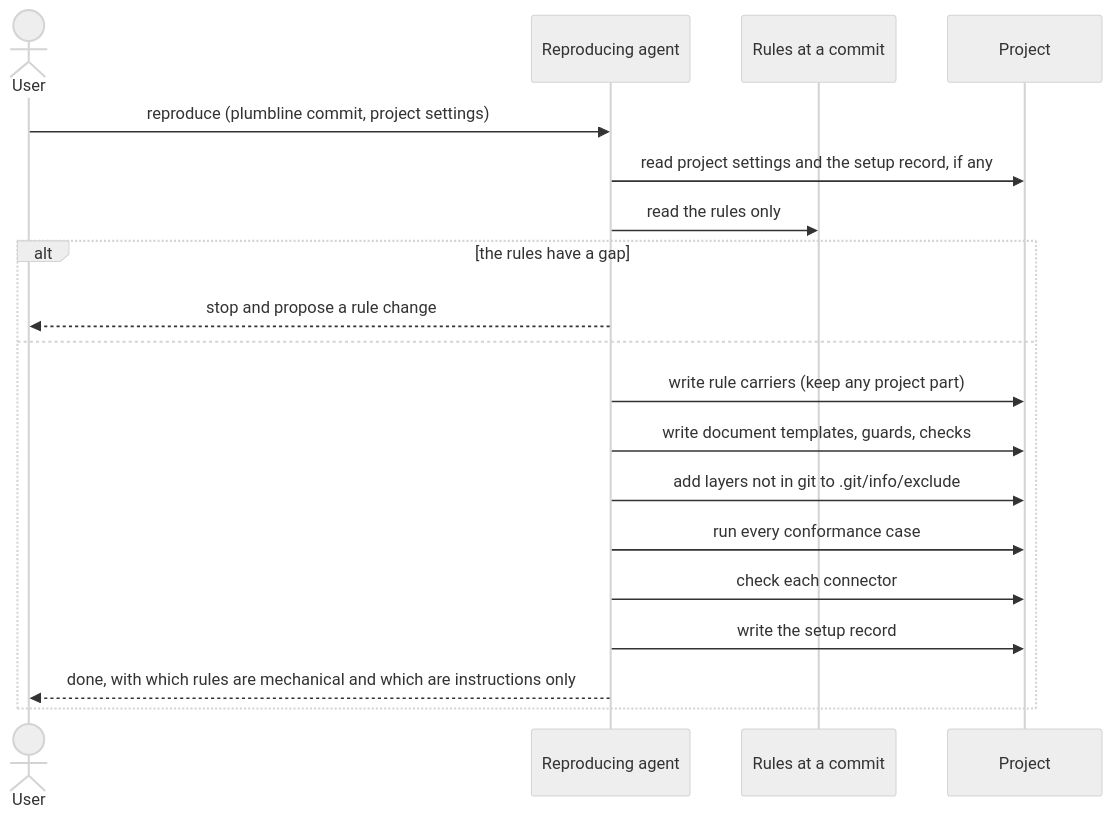
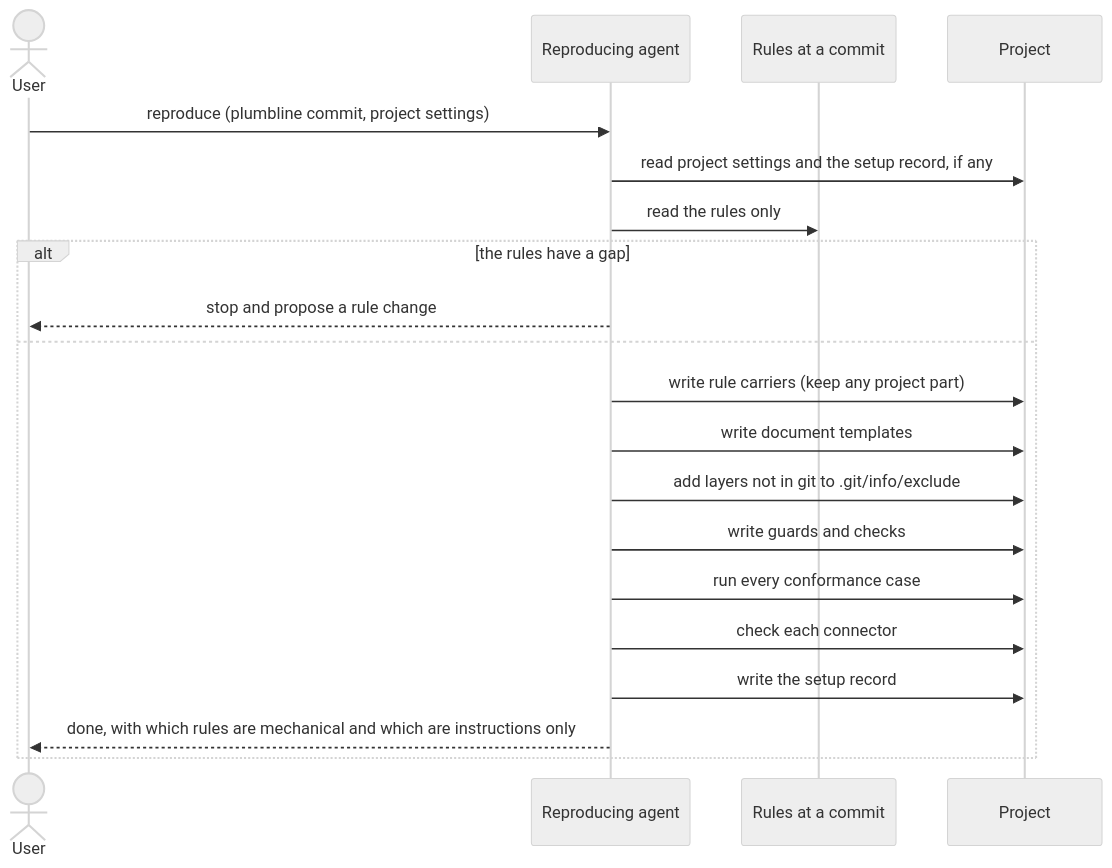
Before and after one commit to jheun66/plumbline: the third of 4 diagrams in docs/design/overview.md, drawn with Mermaid (neutral theme). The commit also changed 4 other files, not shown here.

First line of the commit message:
Archive the M3 change; order the overview's reproduction figure

````diff
--- a/docs/design/overview.md
+++ b/docs/design/overview.md
@@ -167,21 +167,22 @@
 ```mermaid
 sequenceDiagram
   actor U as User
   participant A as Reproducing agent
   participant R as Rules at a commit
   participant P as Project
   U->>A: reproduce (plumbline commit, project settings)
   A->>P: read project settings and the setup record, if any
   A->>R: read the rules only
   alt the rules have a gap
     A-->>U: stop and propose a rule change
   else
     A->>P: write rule carriers (keep any project part)
-    A->>P: write document templates, guards, checks
+    A->>P: write document templates
     A->>P: add layers not in git to .git/info/exclude
+    A->>P: write guards and checks
     A->>P: run every conformance case
     A->>P: check each connector
     A->>P: write the setup record
     A-->>U: done, with which rules are mechanical and which are instructions only
   end
 ```
````
